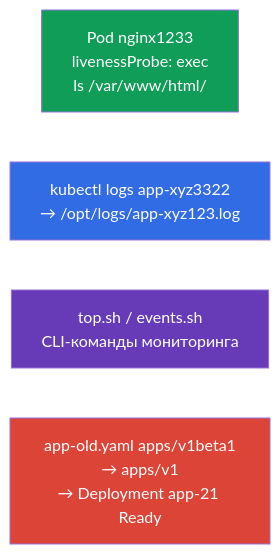
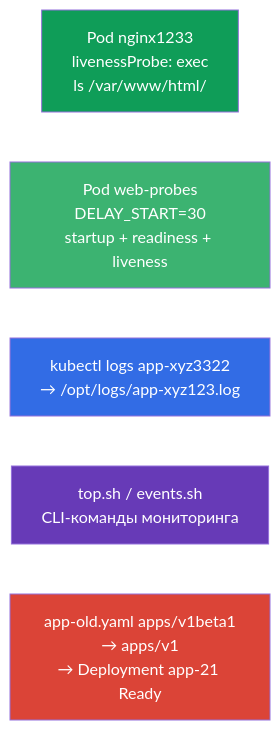
The diagram in tasks/cka/labs/109/README_RU.MD (ViktorUJ/cks), drawn with Mermaid before and after one commit. The commit also changed other lines of this file and 3 other files, not shown here.

````diff
--- a/tasks/cka/labs/109/README_RU.MD
+++ b/tasks/cka/labs/109/README_RU.MD
@@ -37,14 +40,17 @@
 ```mermaid
 flowchart TB
     a["Pod nginx1233<br>livenessProbe: exec<br>ls /var/www/html/"]
+    e["Pod web-probes<br>DELAY_START=30<br>startup + readiness + liveness"]
     b["kubectl logs app-xyz3322<br>→ /opt/logs/app-xyz123.log"]
     c["top.sh / events.sh<br>CLI-команды мониторинга"]
     d["app-old.yaml apps/v1beta1<br>→ apps/v1<br>→ Deployment app-21 Ready"]
-    a ~~~ b
+    a ~~~ e
+    e ~~~ b
     b ~~~ c
     c ~~~ d
     style a fill:#0f9d58,color:#fff
+    style e fill:#3cb371,color:#fff
     style b fill:#326ce5,color:#fff
     style c fill:#673ab7,color:#fff
     style d fill:#db4437,color:#fff
 ```
````
